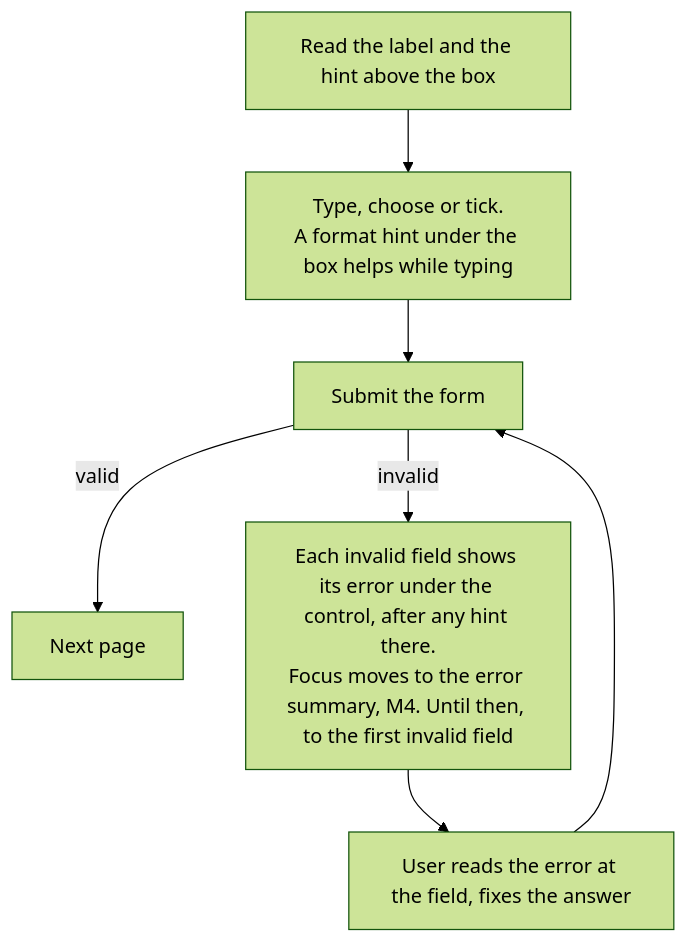
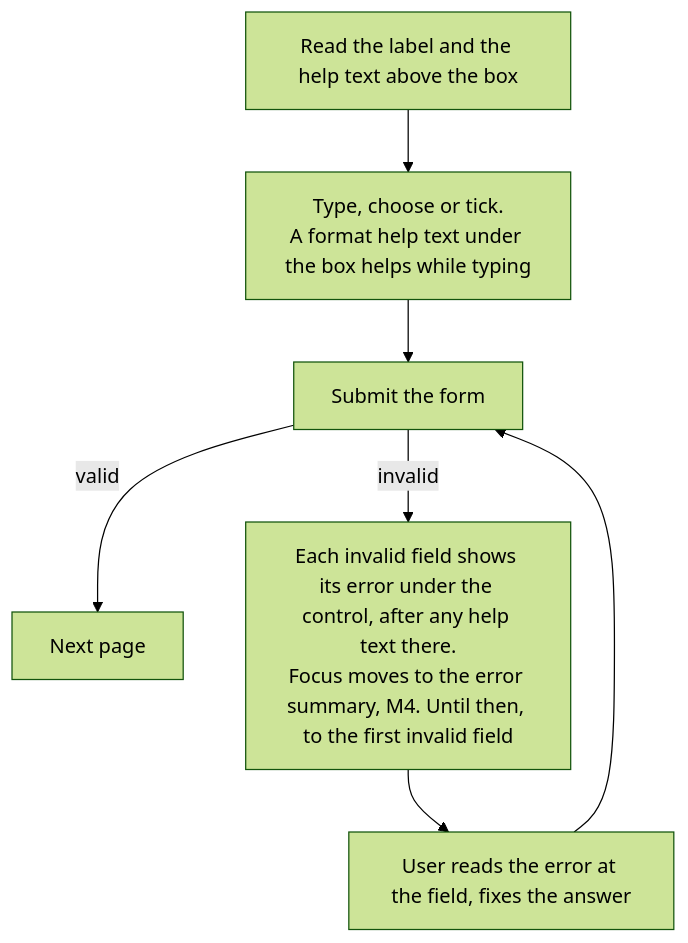
Before and after one commit to kvirn/ui: the diagram in docs/design/form-fields.md, drawn with Mermaid (forest theme). The commit also changed other lines of this file and 232 other files, not shown here.

````diff
--- a/docs/design/form-fields.md
+++ b/docs/design/form-fields.md
@@ -68,9 +68,9 @@
 ```mermaid
 flowchart TD
-  read[Read the label and the hint above the box] --> answer[Type, choose or tick.<br/>A format hint under the box helps while typing]
+  read[Read the label and the help text above the box] --> answer[Type, choose or tick.<br/>A format help text under the box helps while typing]
   answer --> submit[Submit the form]
   submit -->|valid| next[Next page]
-  submit -->|invalid| errors[Each invalid field shows its error under the control, after any hint there.<br/>Focus moves to the error summary, M4. Until then, to the first invalid field]
+  submit -->|invalid| errors[Each invalid field shows its error under the control, after any help text there.<br/>Focus moves to the error summary, M4. Until then, to the first invalid field]
   errors --> fix[User reads the error at the field, fixes the answer]
   fix --> submit
 ```
````
